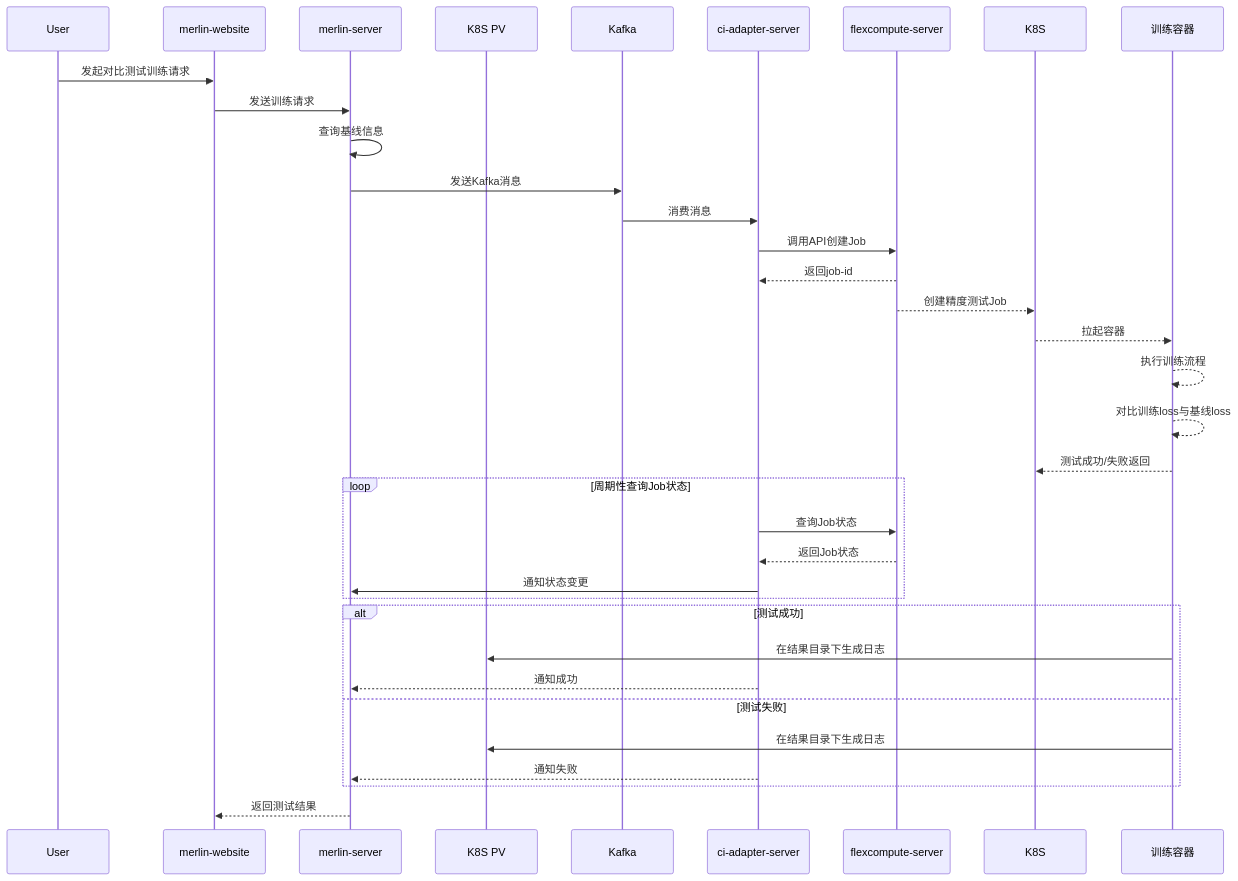
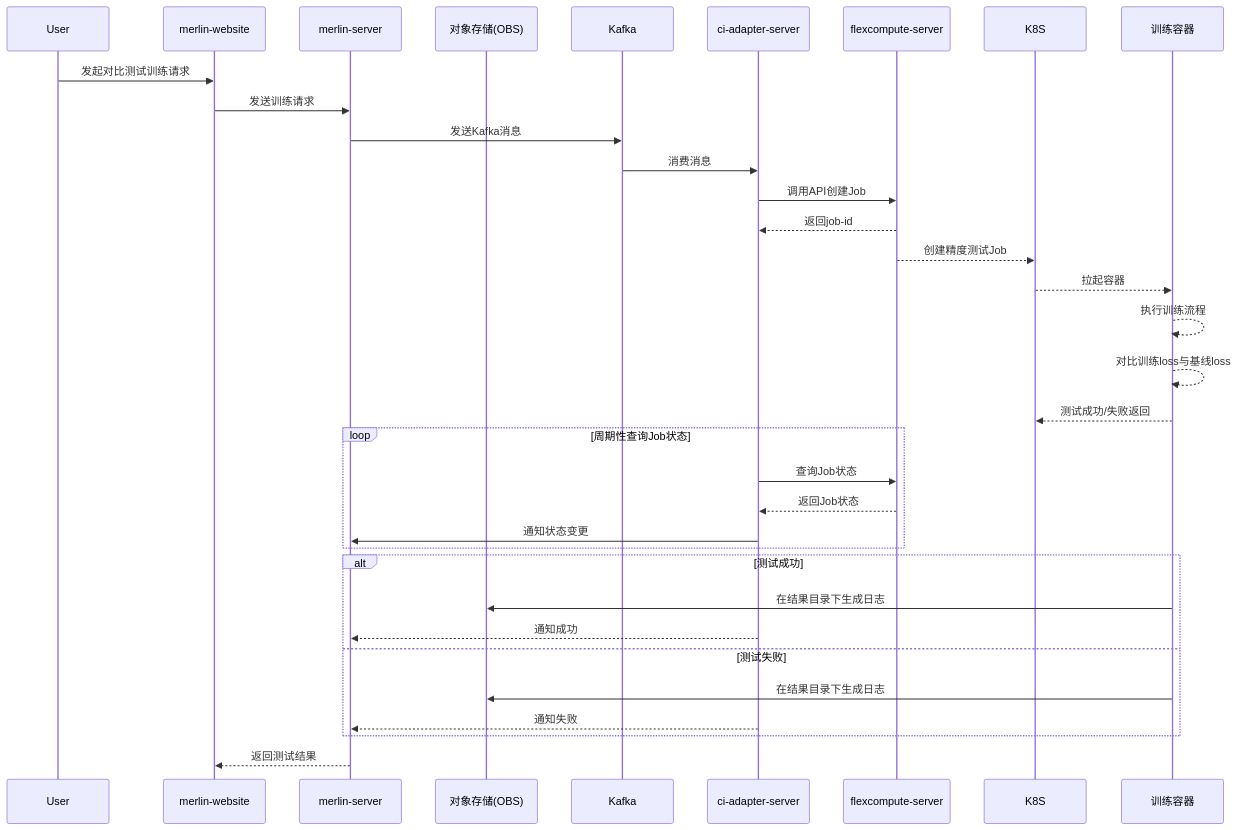
One commit to pillumina/design-proposal changed diagram 14 of 17 in 模型精度性能测试自动化.md. Above: the diagram before and after it, drawn with Mermaid. The commit also changed other lines of this file, not shown here.

````diff
--- a/模型精度性能测试自动化.md
+++ b/模型精度性能测试自动化.md
@@ -1649,38 +1648,37 @@
 ```mermaid
 sequenceDiagram
     participant User
     participant Frontend as merlin-website
     participant Server as merlin-server
-    participant Storage as K8S PV
+    participant Storage as 对象存储(OBS)
     participant Kafka
     participant Adapter as ci-adapter-server
     participant Flex as flexcompute-server
     participant K8S
     participant Job as 训练容器
 
     User ->> Frontend: 发起对比测试训练请求
     Frontend ->> Server: 发送训练请求
-    Server ->> Server: 查询基线信息
     Server ->> Kafka: 发送Kafka消息
     Kafka ->> Adapter: 消费消息
     Adapter ->> Flex: 调用API创建Job
     Flex -->> Adapter: 返回job-id
     Flex -->> K8S: 创建精度测试Job
     K8S -->> Job: 拉起容器
     Job -->> Job: 执行训练流程
     Job -->> Job: 对比训练loss与基线loss
     Job -->> K8S: 测试成功/失败返回
     loop 周期性查询Job状态
         Adapter ->> Flex: 查询Job状态
         Flex -->> Adapter: 返回Job状态
         Adapter ->> Server: 通知状态变更
     end
     alt 测试成功
         Job ->> Storage: 在结果目录下生成日志
         Adapter -->> Server: 通知成功
     else 测试失败
     		Job ->> Storage: 在结果目录下生成日志
         Adapter -->> Server: 通知失败
     end
     Server -->> Frontend: 返回测试结果
 ```
````
